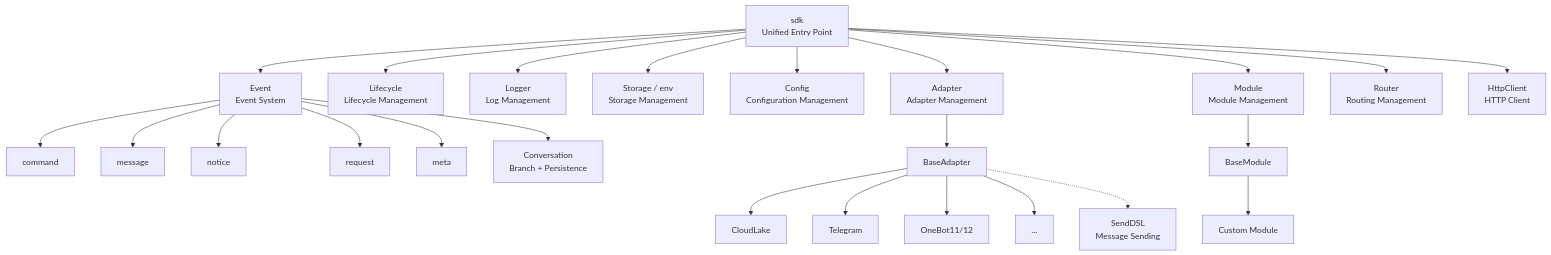
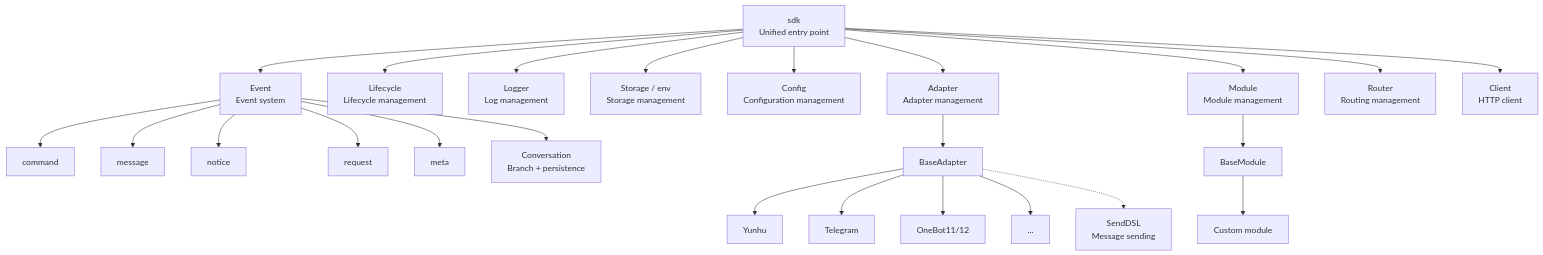
The first of 9 diagrams in docs/en/architecture.md (ErisPulse/ErisPulse), drawn with Mermaid before and after one commit. The commit also changed other lines of this file and 31 other files, not shown here.

````diff
--- a/docs/en/architecture.md
+++ b/docs/en/architecture.md
@@ -13,31 +13,31 @@
 ```mermaid
 graph TB
-    SDK["sdk<br/>Unified Entry Point"]
+    SDK["sdk<br/>Unified entry point"]
 
-    SDK --> Event["Event<br/>Event System"]
-    SDK --> Lifecycle["Lifecycle<br/>Lifecycle Management"]
-    SDK --> Logger["Logger<br/>Log Management"]
-    SDK --> Storage["Storage / env<br/>Storage Management"]
-    SDK --> Config["Config<br/>Configuration Management"]
-    SDK --> AdapterMgr["Adapter<br/>Adapter Management"]
-    SDK --> ModuleMgr["Module<br/>Module Management"]
-    SDK --> Router["Router<br/>Routing Management"]
-    SDK --> Client["HttpClient<br/>HTTP Client"]
+    SDK --> Event["Event<br/>Event system"]
+    SDK --> Lifecycle["Lifecycle<br/>Lifecycle management"]
+    SDK --> Logger["Logger<br/>Log management"]
+    SDK --> Storage["Storage / env<br/>Storage management"]
+    SDK --> Config["Config<br/>Configuration management"]
+    SDK --> AdapterMgr["Adapter<br/>Adapter management"]
+    SDK --> ModuleMgr["Module<br/>Module management"]
+    SDK --> Router["Router<br/>Routing management"]
+    SDK --> Client["Client<br/>HTTP client"]
     Event --> Command["command"]
     Event --> Message["message"]
     Event --> Notice["notice"]
     Event --> Request["request"]
     Event --> Meta["meta"]
-    Event --> Conversation["Conversation<br/>Branch + Persistence"]
+    Event --> Conversation["Conversation<br/>Branch + persistence"]
 
     AdapterMgr --> BaseAdapter["BaseAdapter"]
-    BaseAdapter --> P1["CloudLake"]
+    BaseAdapter --> P1["Yunhu"]
     BaseAdapter --> P2["Telegram"]
     BaseAdapter --> P3["OneBot11/12"]
     BaseAdapter --> PN["..."]
 
     ModuleMgr --> BaseModule["BaseModule"]
-    BaseModule --> CM["Custom Module"]
+    BaseModule --> CM["Custom module"]
 
-    BaseAdapter -.-> SendDSL["SendDSL<br/>Message Sending"]
+    BaseAdapter -.-> SendDSL["SendDSL<br/>Message sending"]
 ```
````
